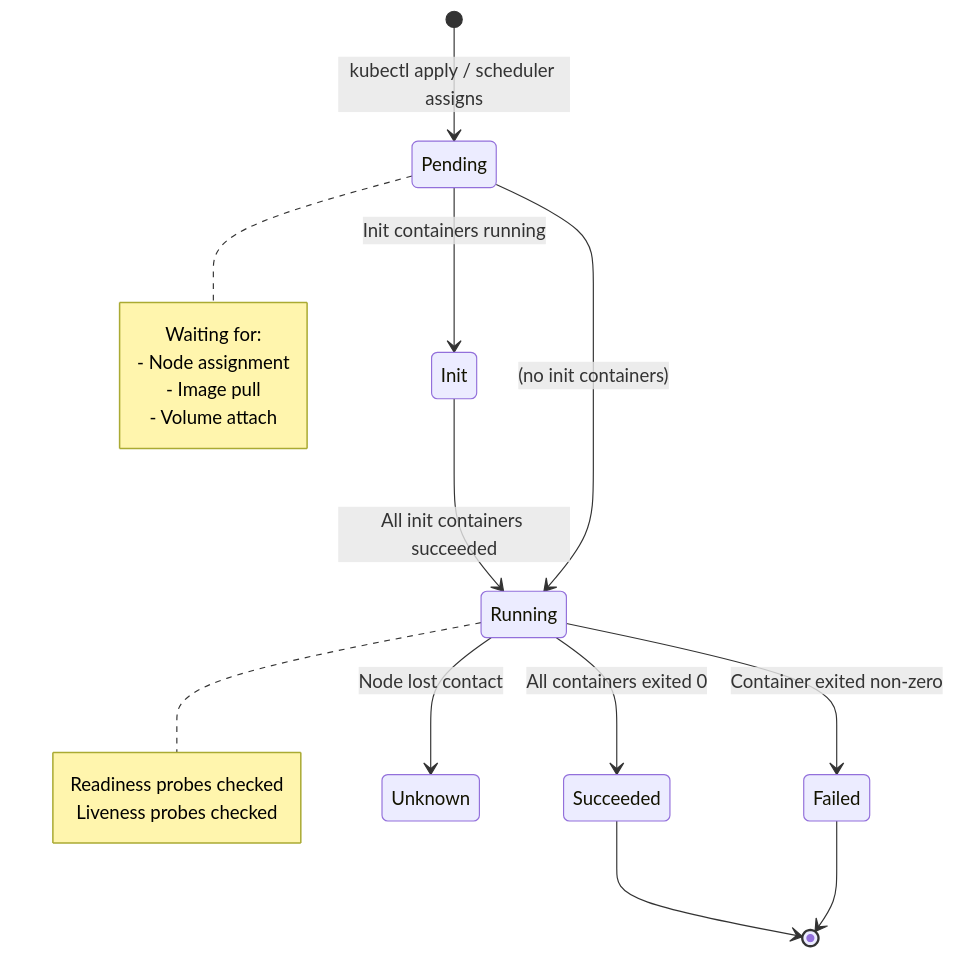
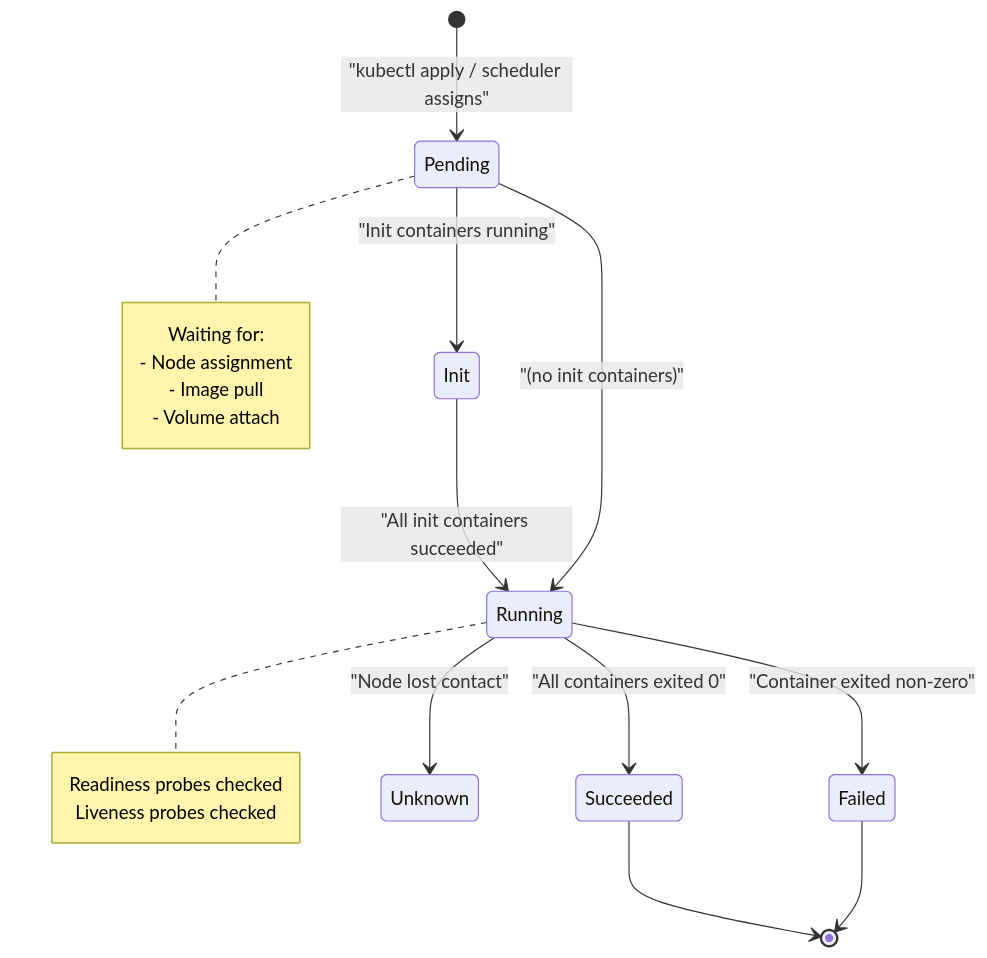
The third of 11 diagrams in 03_first_steps/03_pods_deployments_services.md (UncleJS/course_k3s), drawn with Mermaid before and after one commit. The commit also changed other lines of this file and 45 other files, not shown here.

First line of the commit message:
Expand all course lessons: Mermaid diagrams + rich prose across 43 files

````diff
--- a/03_first_steps/03_pods_deployments_services.md
+++ b/03_first_steps/03_pods_deployments_services.md
@@ -71,24 +165,24 @@
 ```mermaid
 stateDiagram-v2
-    [*] --> Pending : kubectl apply / scheduler assigns
-    Pending --> Init : Init containers running
-    Init --> Running : All init containers succeeded
-    Pending --> Running : (no init containers)
-    Running --> Succeeded : All containers exited 0
-    Running --> Failed : Container exited non-zero
-    Running --> Unknown : Node lost contact
+    [*] --> Pending : "kubectl apply / scheduler assigns"
+    Pending --> Init : "Init containers running"
+    Init --> Running : "All init containers succeeded"
+    Pending --> Running : "(no init containers)"
+    Running --> Succeeded : "All containers exited 0"
+    Running --> Failed : "Container exited non-zero"
+    Running --> Unknown : "Node lost contact"
     Succeeded --> [*]
     Failed --> [*]
 
     note right of Pending
         Waiting for:
         - Node assignment
         - Image pull
         - Volume attach
     end note
 
     note right of Running
         Readiness probes checked
         Liveness probes checked
     end note
 ```
````
